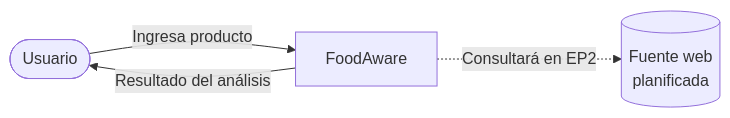
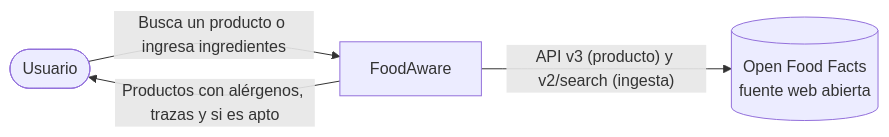
One commit to Nachetao/FoodAware-Project changed the first of 5 diagrams in docs/Arquitectura.md. Above: the diagram before and after it, drawn with Mermaid. The commit also changed other lines of this file and 5 other files, not shown here.

````diff
--- a/docs/Arquitectura.md
+++ b/docs/Arquitectura.md
@@ -3,6 +10,6 @@
 ```mermaid
 flowchart LR
-    Usuario([Usuario]) -->|Ingresa producto| FoodAware[FoodAware]
-    FoodAware -->|Resultado del análisis| Usuario
-    FoodAware -.->|Consultará en EP2| FuenteWeb[(Fuente web\nplanificada)]
+    Usuario([Usuario]) -->|"Busca un producto o ingresa ingredientes"| FoodAware[FoodAware]
+    FoodAware -->|"Productos con alérgenos, trazas y si es apto"| Usuario
+    FoodAware -->|"API v3 (producto) y v2/search (ingesta)"| OFF[("Open Food Facts<br/>fuente web abierta")]
 ```
````
